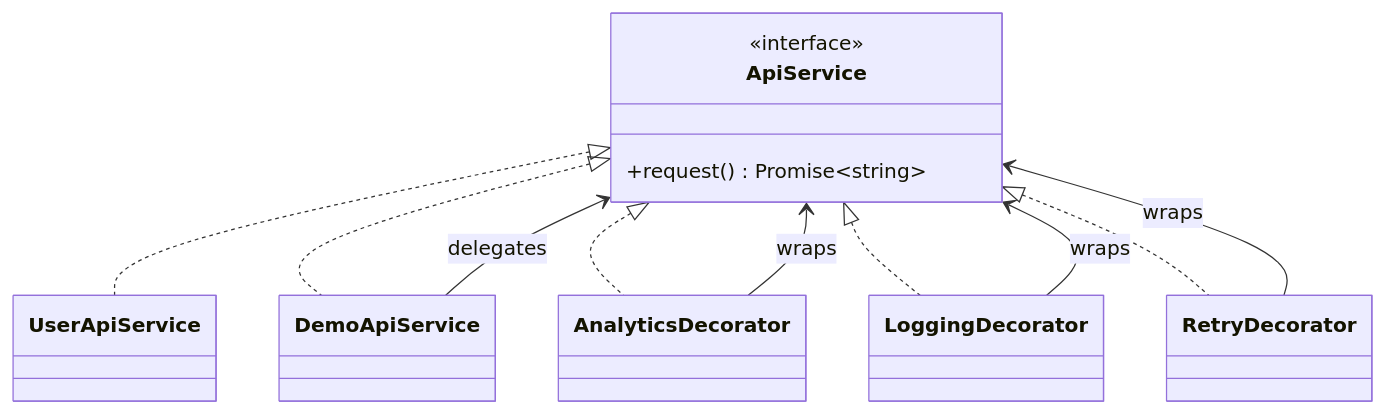
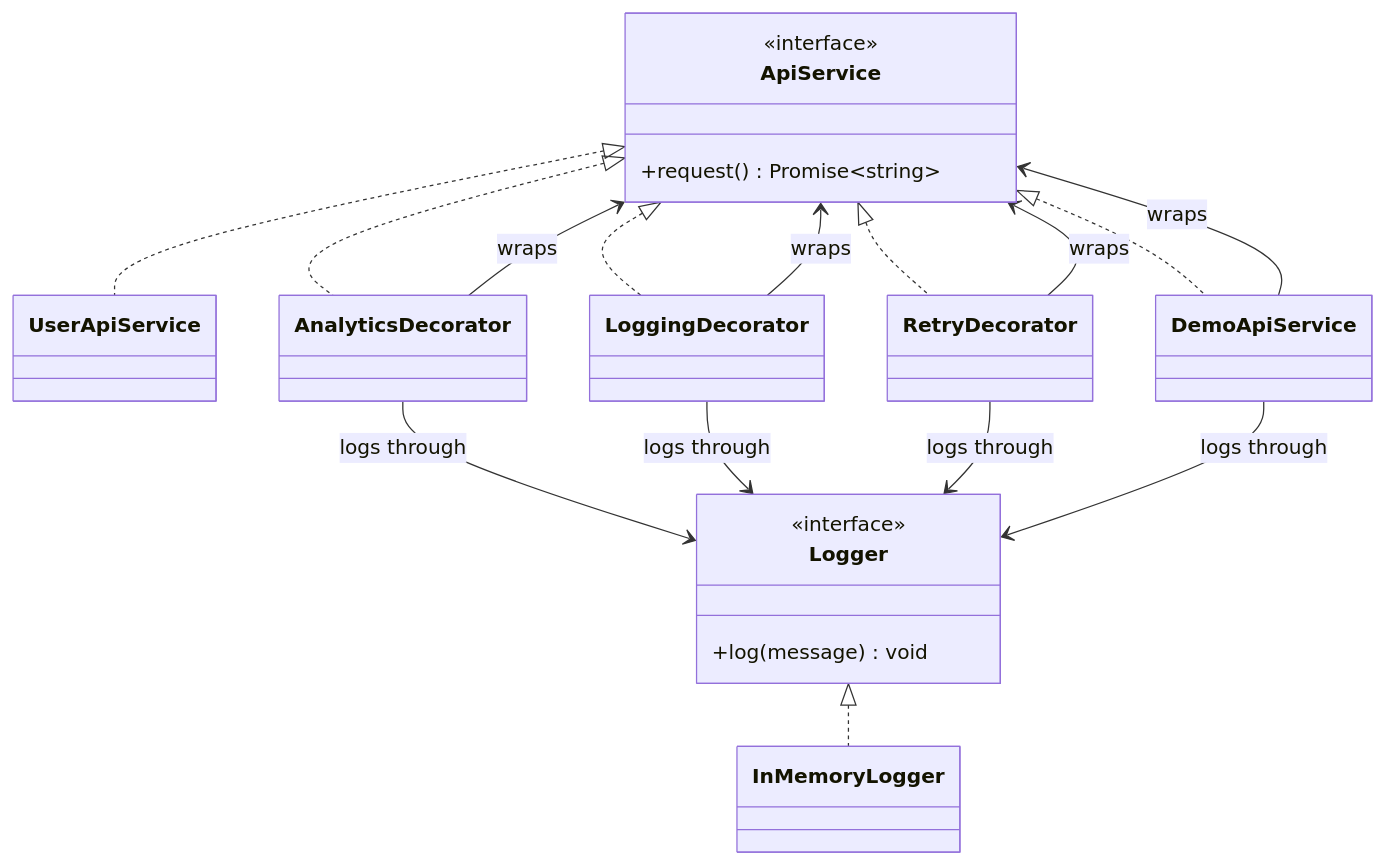
Before and after one commit to sallySalem/react-native-pattern-playground: the second of 2 diagrams in src/patterns/behavioral/decorator/README.md, drawn with Mermaid. The commit also changed other lines of this file, not shown here.

````diff
--- a/src/patterns/behavioral/decorator/README.md
+++ b/src/patterns/behavioral/decorator/README.md
@@ -446,23 +400,33 @@
 ```mermaid
 classDiagram
     class ApiService {
         <<interface>>
         +request() Promise~string~
     }
 
     class UserApiService
     class DemoApiService
     class AnalyticsDecorator
     class LoggingDecorator
     class RetryDecorator
+    class Logger {
+        <<interface>>
+        +log(message) void
+    }
+    class InMemoryLogger
 
     ApiService <|.. UserApiService
     ApiService <|.. DemoApiService
     ApiService <|.. AnalyticsDecorator
     ApiService <|.. LoggingDecorator
     ApiService <|.. RetryDecorator
+    Logger <|.. InMemoryLogger
+    AnalyticsDecorator --> Logger: logs through
+    LoggingDecorator --> Logger: logs through
+    RetryDecorator --> Logger: logs through
+    DemoApiService --> Logger: logs through
     AnalyticsDecorator --> ApiService: wraps
     LoggingDecorator --> ApiService: wraps
     RetryDecorator --> ApiService: wraps
-    DemoApiService --> ApiService: delegates
+    DemoApiService --> ApiService: wraps
 ```
````
